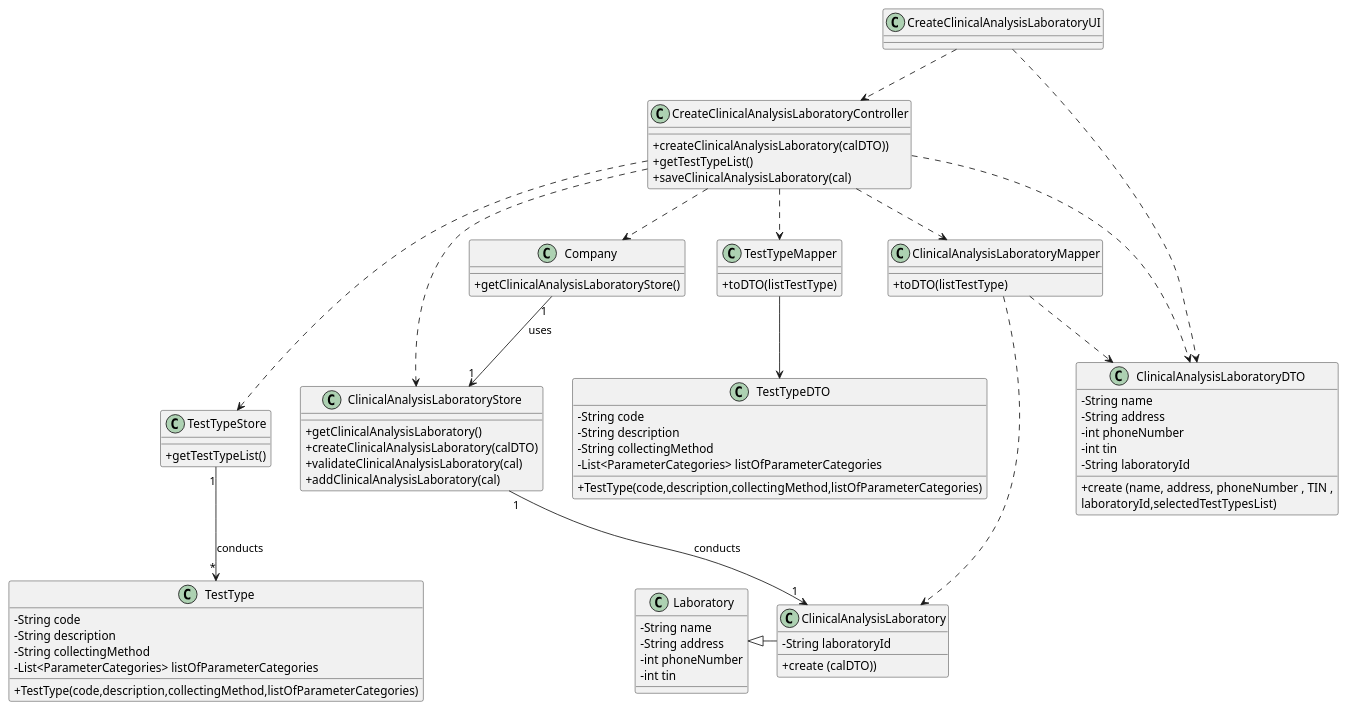
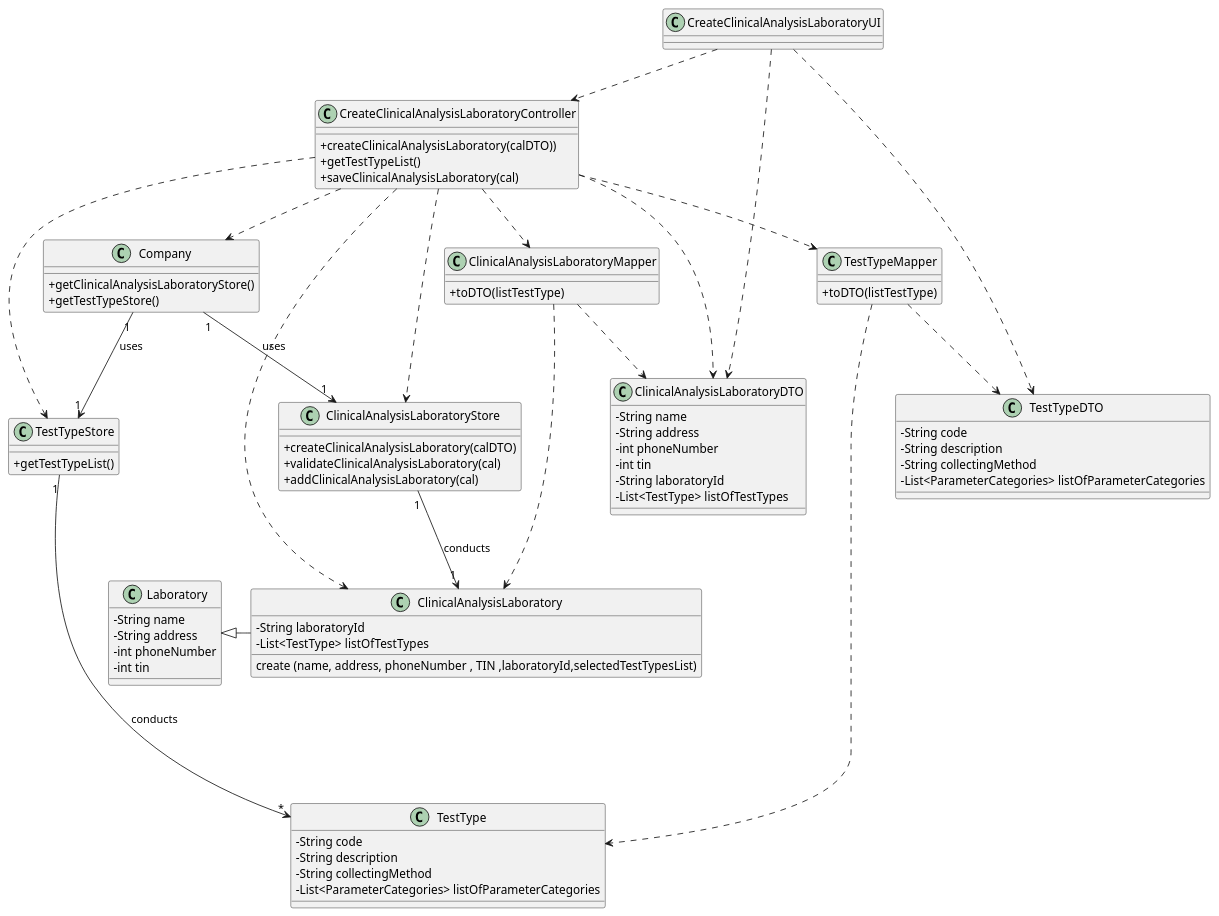
One commit to manu-07-ela/LAPR2_ISEP changed the diagram in docs/SprintB/US08/US08_CD.puml. Above: the diagram before and after it, drawn with PlantUML. The commit also changed 1 other file, not shown here.

```diff
--- a/docs/SprintB/US08/US08_CD.puml
+++ b/docs/SprintB/US08/US08_CD.puml
@@ -1,98 +1,102 @@
 @startuml
 skinparam classAttributeIconSize 0
 
 class CreateClinicalAnalysisLaboratoryUI{
 }
 
 class CreateClinicalAnalysisLaboratoryController{
   +createClinicalAnalysisLaboratory(calDTO))
   +getTestTypeList()
   +saveClinicalAnalysisLaboratory(cal)
 }
 
 class Company{
   +getClinicalAnalysisLaboratoryStore()
+  +getTestTypeStore()
 }
 
 
 class ClinicalAnalysisLaboratory {
   -String laboratoryId
-  +create (calDTO))
+  -List<TestType> listOfTestTypes
+  create (name, address, phoneNumber , TIN ,laboratoryId,selectedTestTypesList)
 
 
 }
 
 class Laboratory {
   -String name
   -String address
   -int phoneNumber
   -int tin
 
 }
 
 class TestTypeStore{
 +getTestTypeList()
 }
 
 class ClinicalAnalysisLaboratoryStore{
-  +getClinicalAnalysisLaboratory()
   +createClinicalAnalysisLaboratory(calDTO)
   +validateClinicalAnalysisLaboratory(cal)
   +addClinicalAnalysisLaboratory(cal)
 }
 
 class ClinicalAnalysisLaboratoryMapper {
    +toDTO(listTestType)
+
 }
 
 class TestTypeMapper {
    +toDTO(listTestType)
 }
 
 
 class ClinicalAnalysisLaboratoryDTO {
   -String name
   -String address
   -int phoneNumber
   -int tin
   -String laboratoryId
-  +create (name, address, phoneNumber , TIN ,\nlaboratoryId,selectedTestTypesList)
+  -List<TestType> listOfTestTypes
 }
 
 class TestType{
   -String code
   -String description
   -String collectingMethod
   -List<ParameterCategories> listOfParameterCategories
-  +TestType(code,description,collectingMethod,listOfParameterCategories)
 }
 
 class TestTypeDTO{
   -String code
   -String description
   -String collectingMethod
   -List<ParameterCategories> listOfParameterCategories
-  +TestType(code,description,collectingMethod,listOfParameterCategories)
 }
 
 
 
 
 
 
 CreateClinicalAnalysisLaboratoryUI ..> CreateClinicalAnalysisLaboratoryController
 CreateClinicalAnalysisLaboratoryUI ..> ClinicalAnalysisLaboratoryDTO
+CreateClinicalAnalysisLaboratoryUI ..> TestTypeDTO
 CreateClinicalAnalysisLaboratoryController ..> ClinicalAnalysisLaboratoryDTO
 CreateClinicalAnalysisLaboratoryController ..> Company
 CreateClinicalAnalysisLaboratoryController ...> TestTypeStore
 CreateClinicalAnalysisLaboratoryController ..> ClinicalAnalysisLaboratoryMapper
 CreateClinicalAnalysisLaboratoryController ..> ClinicalAnalysisLaboratoryStore
+CreateClinicalAnalysisLaboratoryController ..> ClinicalAnalysisLaboratory
 CreateClinicalAnalysisLaboratoryController ..> TestTypeMapper
 ClinicalAnalysisLaboratoryStore"1" --> "1" ClinicalAnalysisLaboratory : conducts
 Laboratory  <|- ClinicalAnalysisLaboratory
 ClinicalAnalysisLaboratoryMapper ..> ClinicalAnalysisLaboratoryDTO
 ClinicalAnalysisLaboratoryMapper ...> ClinicalAnalysisLaboratory
+Company "1" --> "1" TestTypeStore : uses
 Company "1" --> "1" ClinicalAnalysisLaboratoryStore : uses
 TestTypeStore "1" --> "*" TestType : conducts
-TestTypeMapper --> TestTypeDTO
+TestTypeMapper .....> TestType
+TestTypeMapper ..> TestTypeDTO
 @enduml
```
